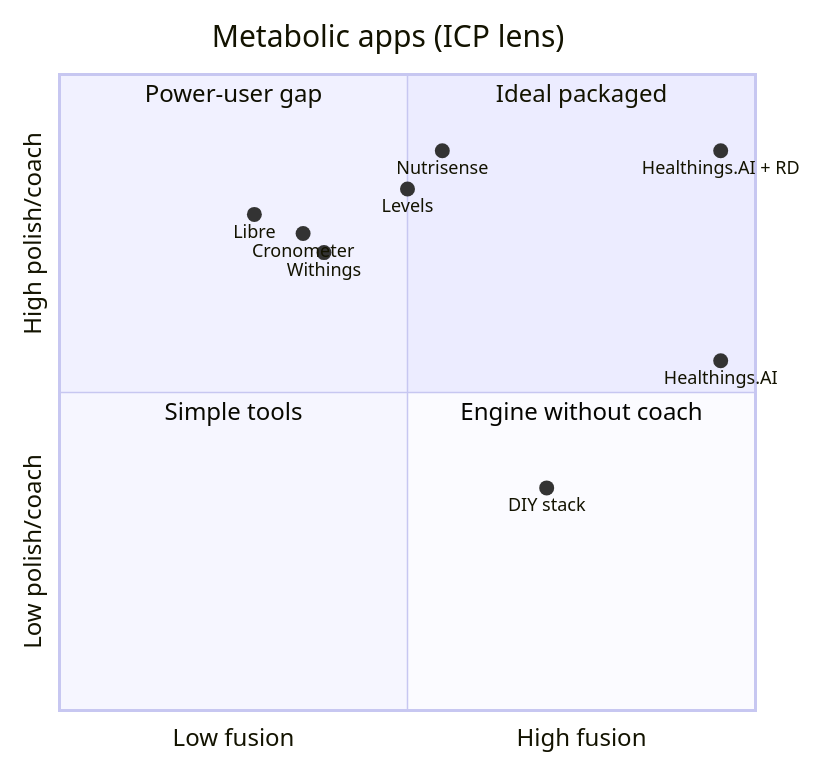
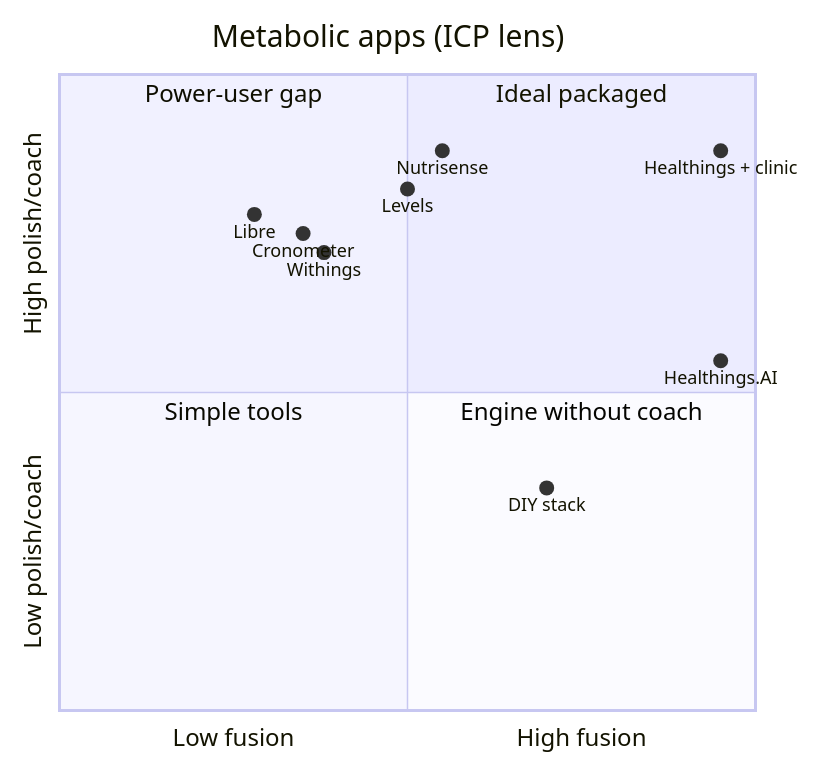
One commit to ravivshweidgit/healthings-medilab changed the diagram in investor-pov/COMPETITOR-SCORES.md. Above: the diagram before and after it, drawn with Mermaid. The commit also changed other lines of this file and 9 other files, not shown here.

````diff
--- a/investor-pov/COMPETITOR-SCORES.md
+++ b/investor-pov/COMPETITOR-SCORES.md
@@ -156,18 +160,18 @@
 ```mermaid
 quadrantChart
     title Metabolic apps (ICP lens)
     x-axis Low fusion --> High fusion
     y-axis Low polish/coach --> High polish/coach
     quadrant-1 Ideal packaged
     quadrant-2 Power-user gap
     quadrant-3 Simple tools
     quadrant-4 Engine without coach
     Nutrisense: [0.55, 0.88]
     Levels: [0.50, 0.82]
     Cronometer: [0.35, 0.75]
     Libre: [0.28, 0.78]
     Withings: [0.38, 0.72]
     DIY stack: [0.70, 0.35]
     Healthings.AI: [0.95, 0.55]
-    Healthings.AI + RD: [0.95, 0.88]
+    Healthings + clinic: [0.95, 0.88]
 ```
````
